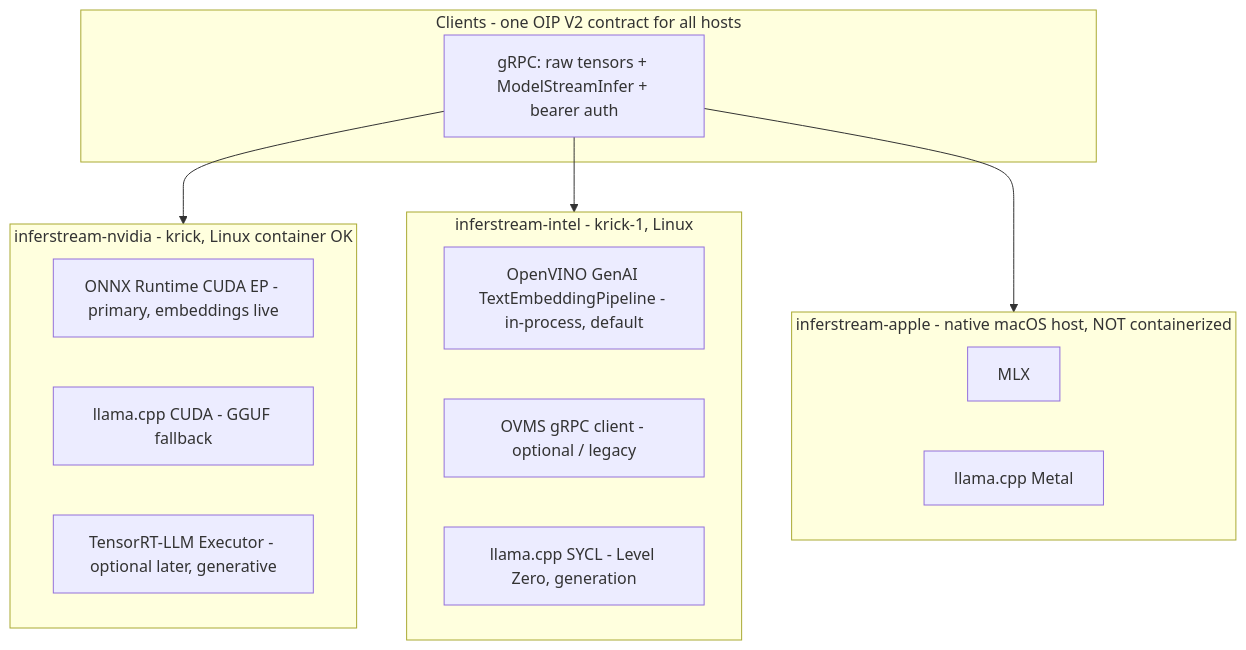
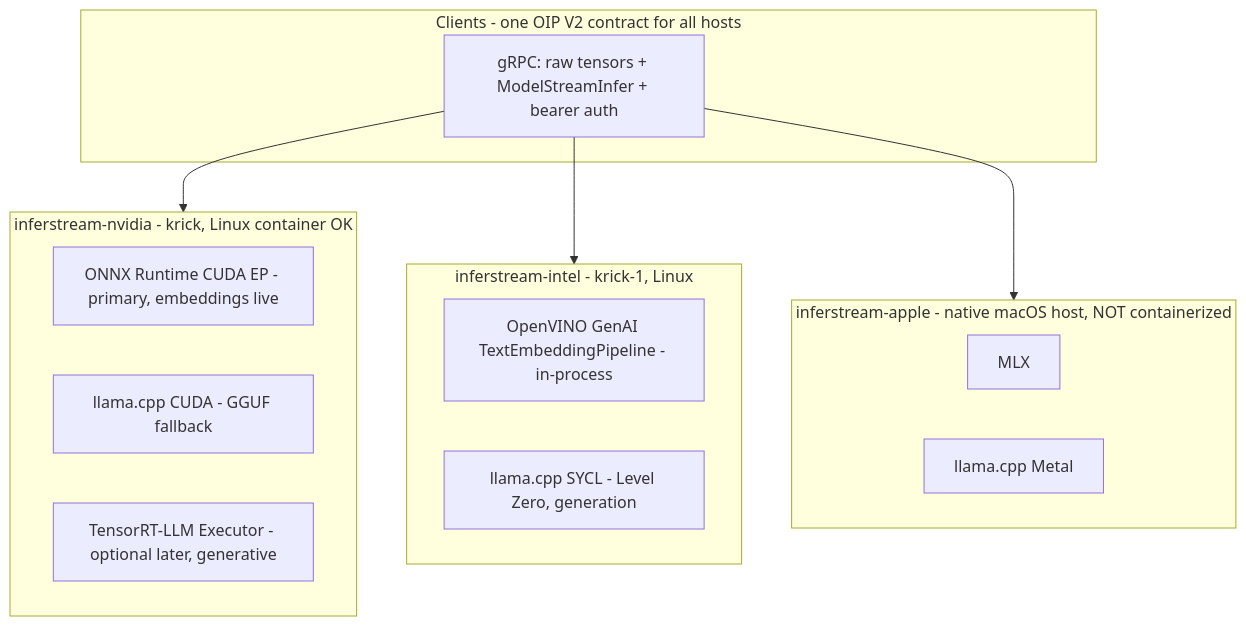
The diagram in README.md (ai-pipestream/turboembed), drawn with Mermaid before and after one commit. The commit also changed other lines of this file and 41 other files, not shown here.

First line of the commit message:
feat: remove OVMS gRPC client; Intel embeds are GenAI only

````diff
--- a/README.md
+++ b/README.md
@@ -34,27 +34,26 @@
 ```mermaid
 flowchart TB
     subgraph clients [Clients - one OIP V2 contract for all hosts]
         C[gRPC: raw tensors + ModelStreamInfer + bearer auth]
     end
 
     subgraph nvidia [inferstream-nvidia - krick, Linux container OK]
         N1[ONNX Runtime CUDA EP - primary, embeddings live]
         N2[llama.cpp CUDA - GGUF fallback]
         N3[TensorRT-LLM Executor - optional later, generative]
     end
 
     subgraph intel [inferstream-intel - krick-1, Linux]
-        I0[OpenVINO GenAI TextEmbeddingPipeline - in-process, default]
-        I1[OVMS gRPC client - optional / legacy]
+        I0[OpenVINO GenAI TextEmbeddingPipeline - in-process]
         I2[llama.cpp SYCL - Level Zero, generation]
     end
 
     subgraph apple [inferstream-apple - native macOS host, NOT containerized]
         A1[MLX]
         A2[llama.cpp Metal]
     end
 
     C --> nvidia
     C --> intel
     C --> apple
 ```
````
